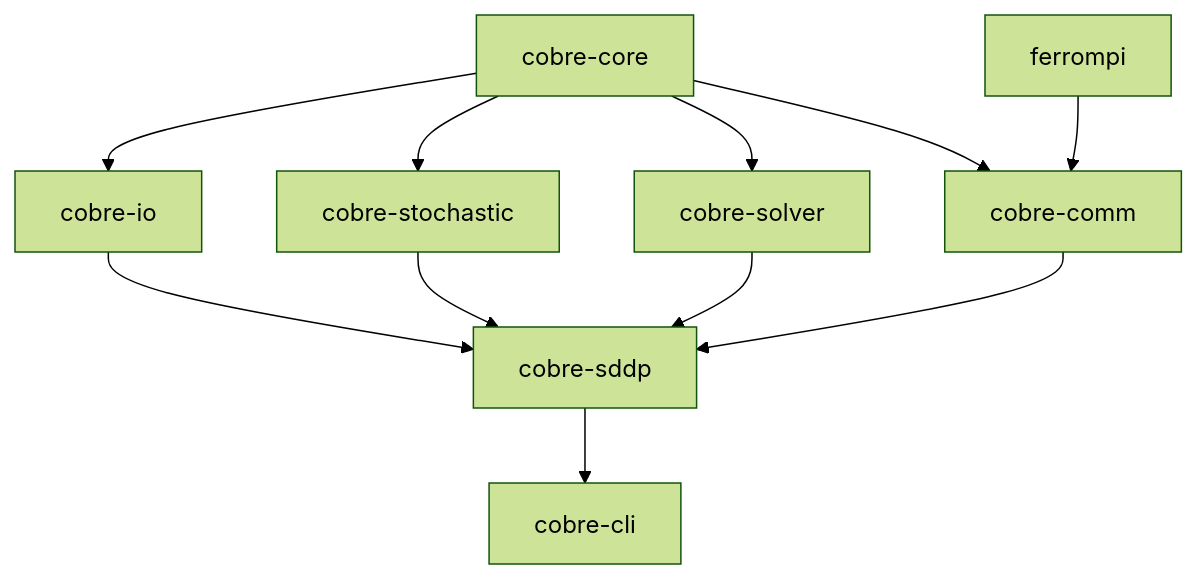
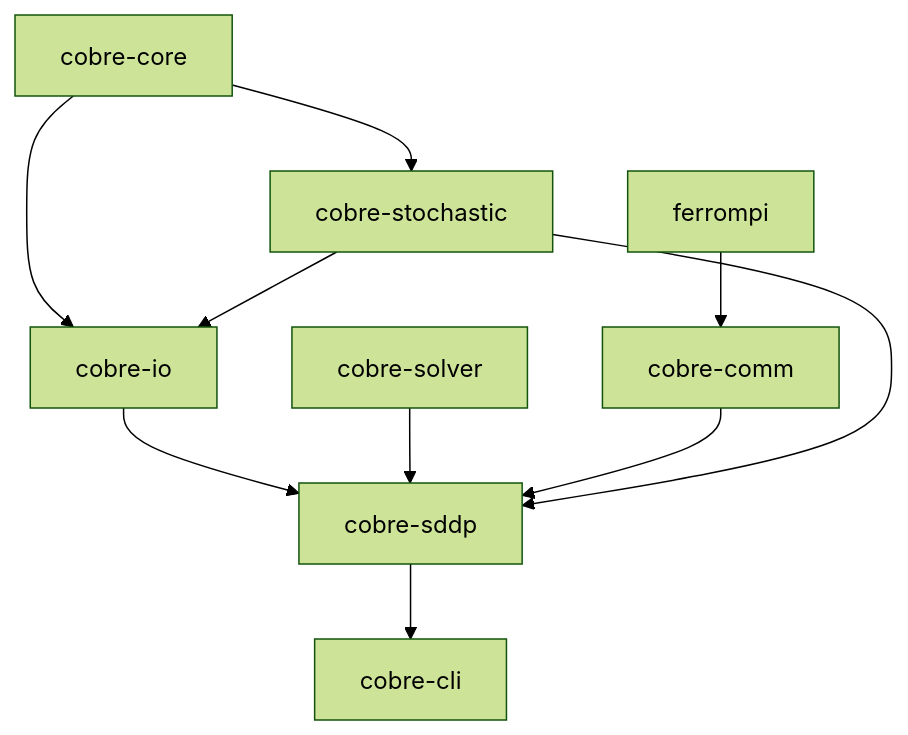
Before and after one commit to cobre-rs/cobre: the diagram in book/src/crates/overview.md, drawn with Mermaid (forest theme). The commit also changed other lines of this file and 6 other files, not shown here.

````diff
--- a/book/src/crates/overview.md
+++ b/book/src/crates/overview.md
@@ -24,22 +24,21 @@
 ```mermaid
 graph TD
     core[cobre-core]
     io[cobre-io]
     solver[cobre-solver]
     comm[cobre-comm]
     stochastic[cobre-stochastic]
     sddp[cobre-sddp]
     cli[cobre-cli]
     ferrompi[ferrompi]
 
     core --> io
     core --> stochastic
-    core --> solver
-    core --> comm
+    stochastic --> io
     ferrompi --> comm
     io --> sddp
     solver --> sddp
     comm --> sddp
     stochastic --> sddp
     sddp --> cli
 ```
````
